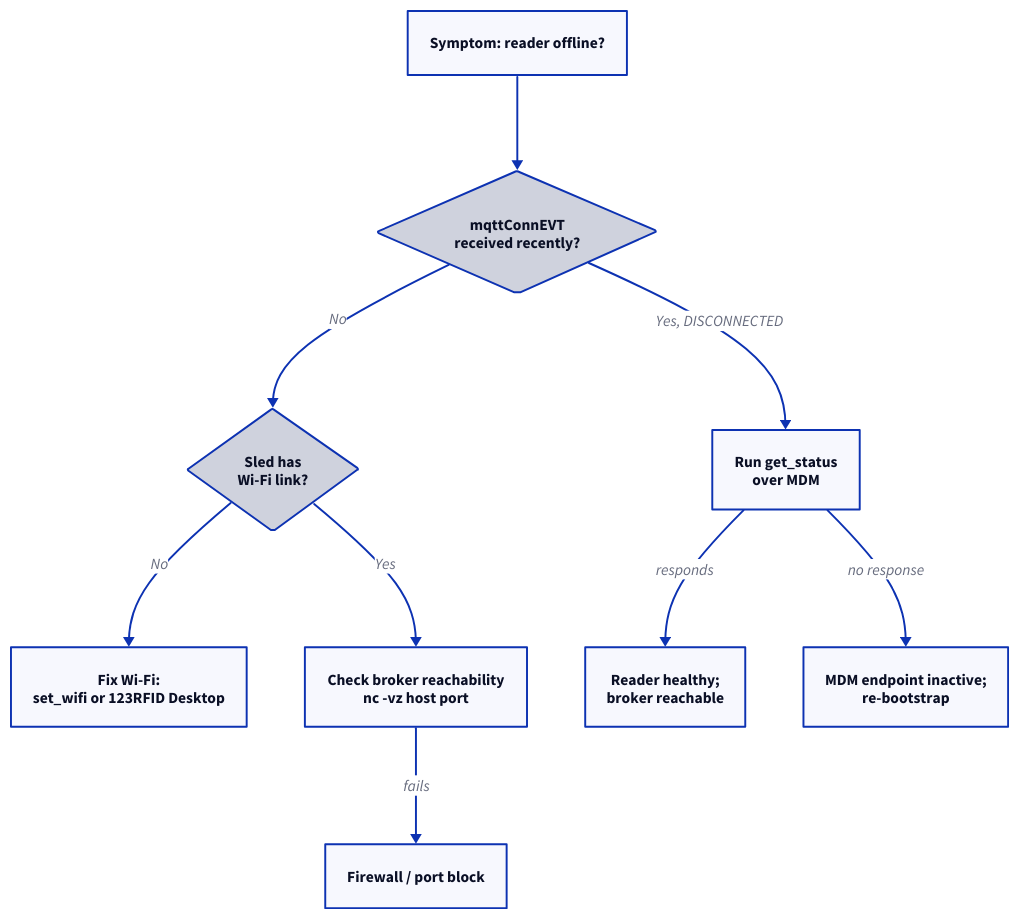
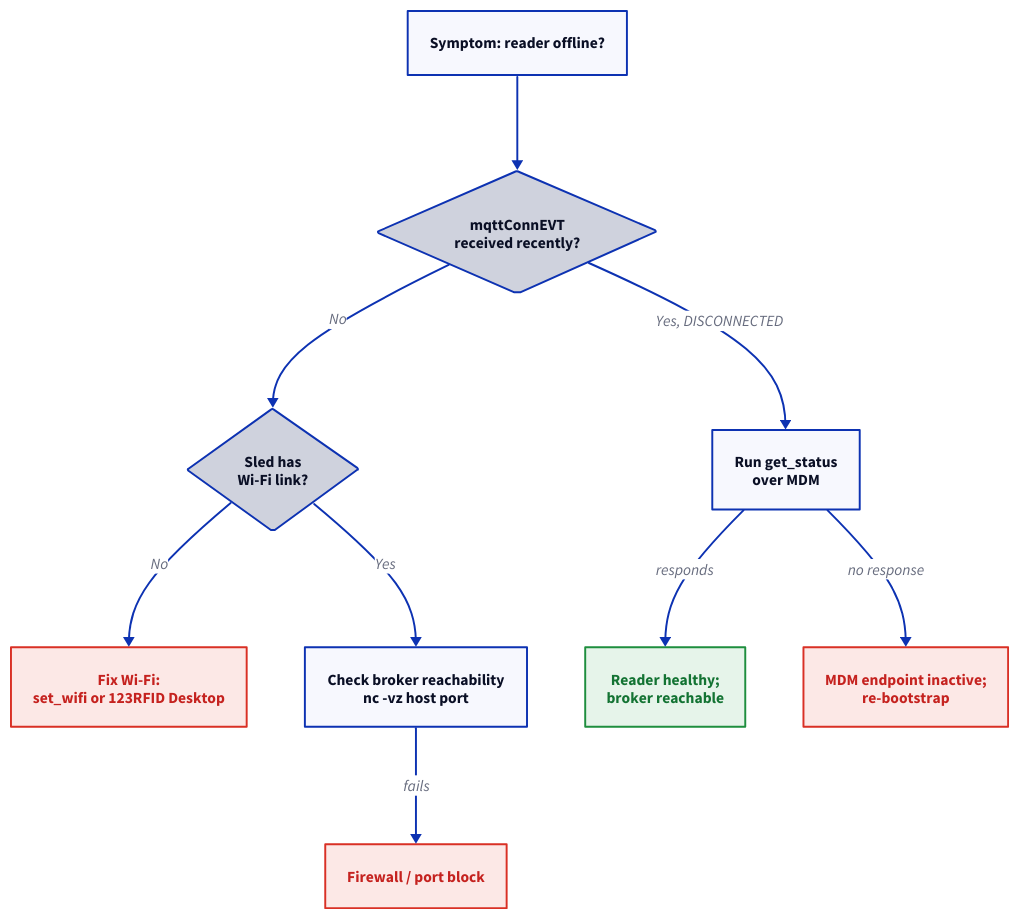
Before and after one commit to admiral-ai/zebra-handheld-rfid-iotc: the diagram in docs/infrastructure/network/troubleshooting.md, drawn with D2. The commit also changed 40 other files, not shown here.

First line of the commit message:
Redesign all 54 D2 diagrams to a unified visual system

````diff
--- a/docs/infrastructure/network/troubleshooting.md
+++ b/docs/infrastructure/network/troubleshooting.md
@@ -51,19 +51,24 @@
 ```d2
+classes: {
+  good: { style: { fill: "#e6f4ea"; stroke: "#1e8e3e"; font-color: "#137333" } }
+  bad:  { style: { fill: "#fce8e6"; stroke: "#d93025"; font-color: "#c5221f" } }
+}
 Start: "Symptom: reader offline?"
 Q1: "mqttConnEVT\nreceived recently?" { shape: diamond }
 Q2: "Sled has\nWi-Fi link?" { shape: diamond }
 RC: "Run get_status\nover MDM"
-WF: "Fix Wi-Fi:\nset_wifi or 123RFID Desktop"
+WF: "Fix Wi-Fi:\nset_wifi or 123RFID Desktop" { class: bad }
 NET: "Check broker reachability\nnc -vz host port"
-OK: "Reader healthy;\nbroker reachable"
-MDM: "MDM endpoint inactive;\nre-bootstrap"
-FW: Firewall / port block
+OK: "Reader healthy;\nbroker reachable" { class: good }
+MDM: "MDM endpoint inactive;\nre-bootstrap" { class: bad }
+FW: Firewall / port block { class: bad }
 Start -> Q1
 Q1 -> Q2: No
 Q1 -> RC: "Yes, DISCONNECTED"
 Q2 -> WF: No
 Q2 -> NET: Yes
 RC -> OK: responds
 RC -> MDM: no response
 NET -> FW: fails
+
 ```
````
